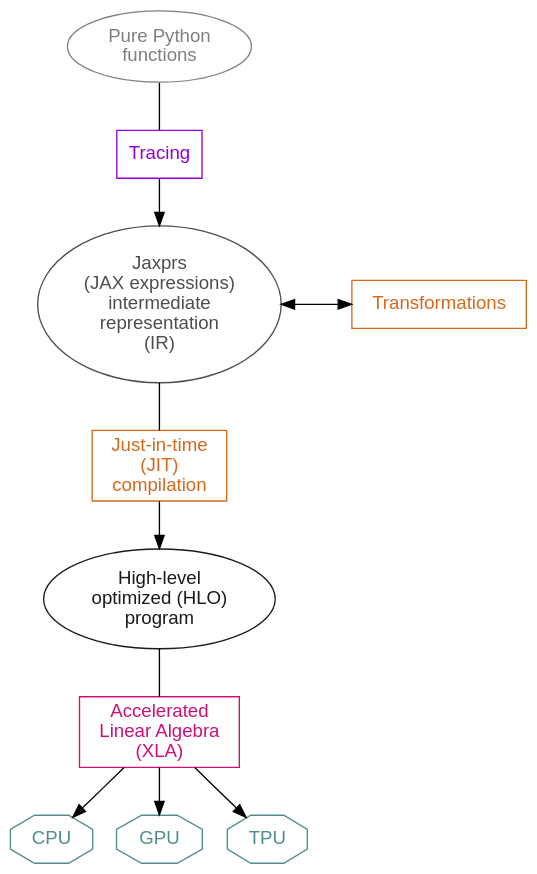
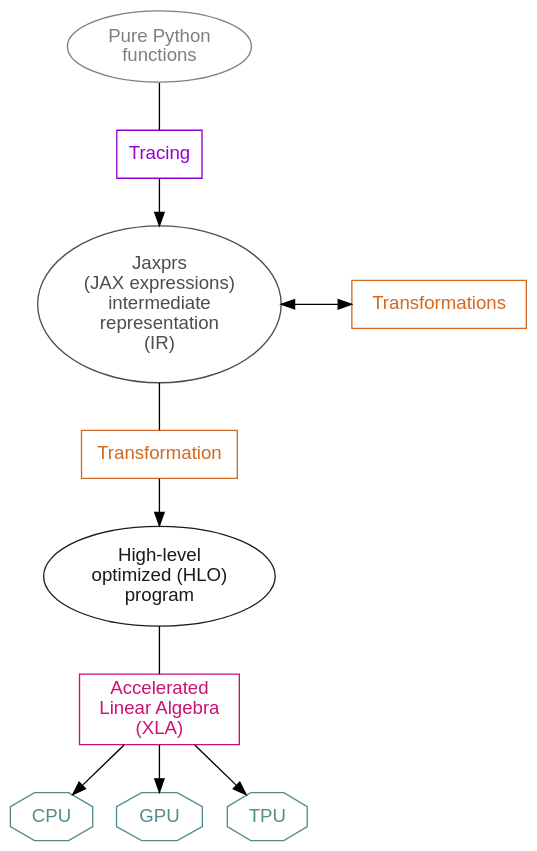
The second of 14 diagrams in ai/jxai/fl_jax_slides.qmd (WestDRI/arc-training), drawn with Graphviz before and after one commit. The commit also changed other lines of this file, not shown here.

````diff
--- a/ai/jxai/fl_jax_slides.qmd
+++ b/ai/jxai/fl_jax_slides.qmd
@@ -130,38 +196,38 @@
 ```{dot}
 //| echo: false
 //| fig-height: 600px
 
 strict digraph {
 
 node [fontname="Inconsolata, sans-serif"]
 bgcolor="transparent"
 
 tracer  [label=Tracing, shape=rectangle, color=darkviolet, fontcolor=darkviolet]
-jit [label=" Just-in-time \n(JIT)\ncompilation", shape=rectangle, color=chocolate, fontcolor=chocolate]
+jit [label="Transformation", shape=rectangle, color=chocolate, fontcolor=chocolate]
 xla [label="Accelerated\n Linear Algebra \n(XLA)", shape=rectangle, color=deeppink3, fontcolor=deeppink3]
 transform [label=" Transformations ", shape=rectangle, color=chocolate, fontcolor=chocolate]
 
 CPU [shape=octagon, color=darkslategray4, fontcolor=darkslategray4]
 GPU [shape=octagon, color=darkslategray4, fontcolor=darkslategray4]
 TPU [shape=octagon, color=darkslategray4, fontcolor=darkslategray4]
 
 
 py [label="Pure Python\nfunctions", color=gray50, fontcolor=gray50]
 jaxpr [label="Jaxprs\n(JAX expressions)\nintermediate\nrepresentation\n(IR)", color=gray30, fontcolor=gray30]
 hlo [label="High-level\noptimized (HLO)\nprogram", color=gray10, fontcolor=gray10]
 
 py -> tracer [dir=none]
 tracer -> jaxpr
 jaxpr -> jit [dir=none]
 jit -> hlo
 hlo -> xla [dir=none]
 
 xla -> CPU [shape=doubleoctagon]
 xla -> GPU
 xla -> TPU
 
 jaxpr -> transform [dir=both, minlen=3]
 {rank=same; jaxpr transform}
 
 }
 ```
````
